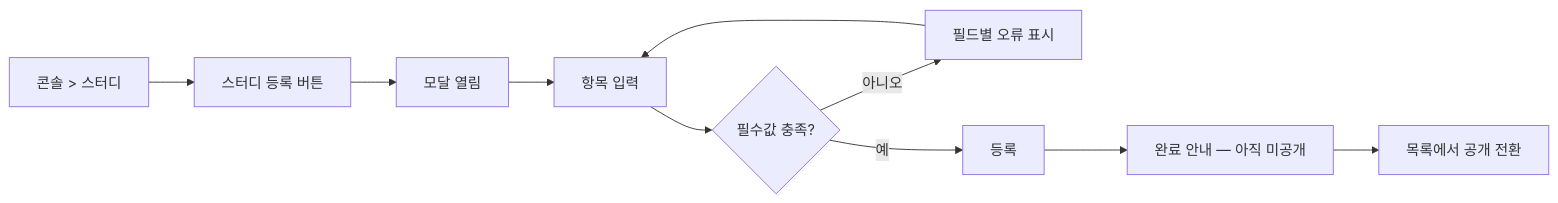
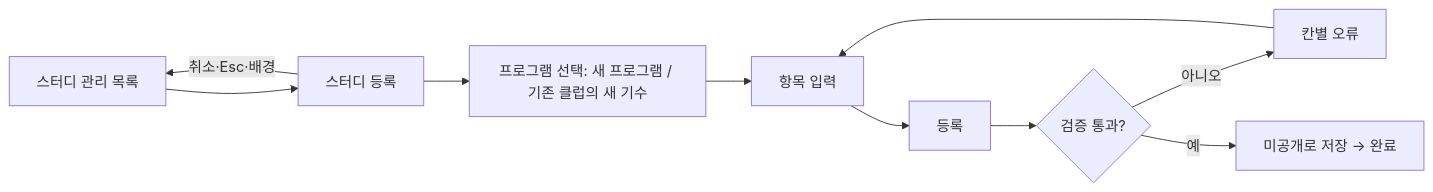
One commit to StudyClub-PlusPlus/studyclub-engineering changed the first of 2 diagrams in 01-planning/stories/study-create/PRD.md. Above: the diagram before and after it, drawn with Mermaid. The commit also changed other lines of this file and 77 other files, not shown here.

````diff
--- a/01-planning/stories/study-create/PRD.md
+++ b/01-planning/stories/study-create/PRD.md
@@ -9,9 +9,11 @@
 ```mermaid
 flowchart LR
-  A["콘솔 > 스터디"] --> B["스터디 등록 버튼"]
-  B --> C["모달 열림"] --> D["항목 입력"]
-  D --> E{"필수값 충족?"}
-  E -->|아니오| F["필드별 오류 표시"] --> D
-  E -->|예| G["등록"] --> H["완료 안내 — 아직 미공개"]
-  H --> I["목록에서 공개 전환"]
+  A["스터디 관리 목록"] --> B["스터디 등록"]
+  B --> C["프로그램 선택: 새 프로그램 / 기존 클럽의 새 기수"]
+  C --> D["항목 입력"]
+  D --> E["등록"]
+  E --> F{"검증 통과?"}
+  F -->|아니오| G["칸별 오류"] --> D
+  F -->|예| H["미공개로 저장 → 완료"]
+  B -->|"취소·Esc·배경"| A
 ```
````
